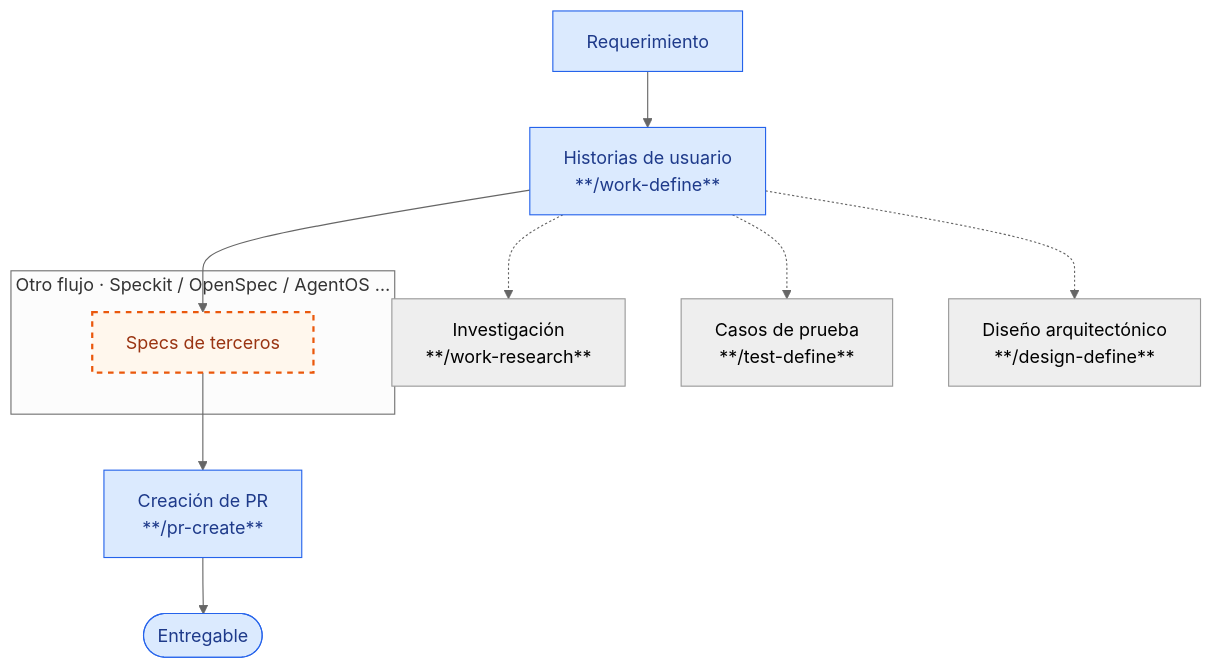
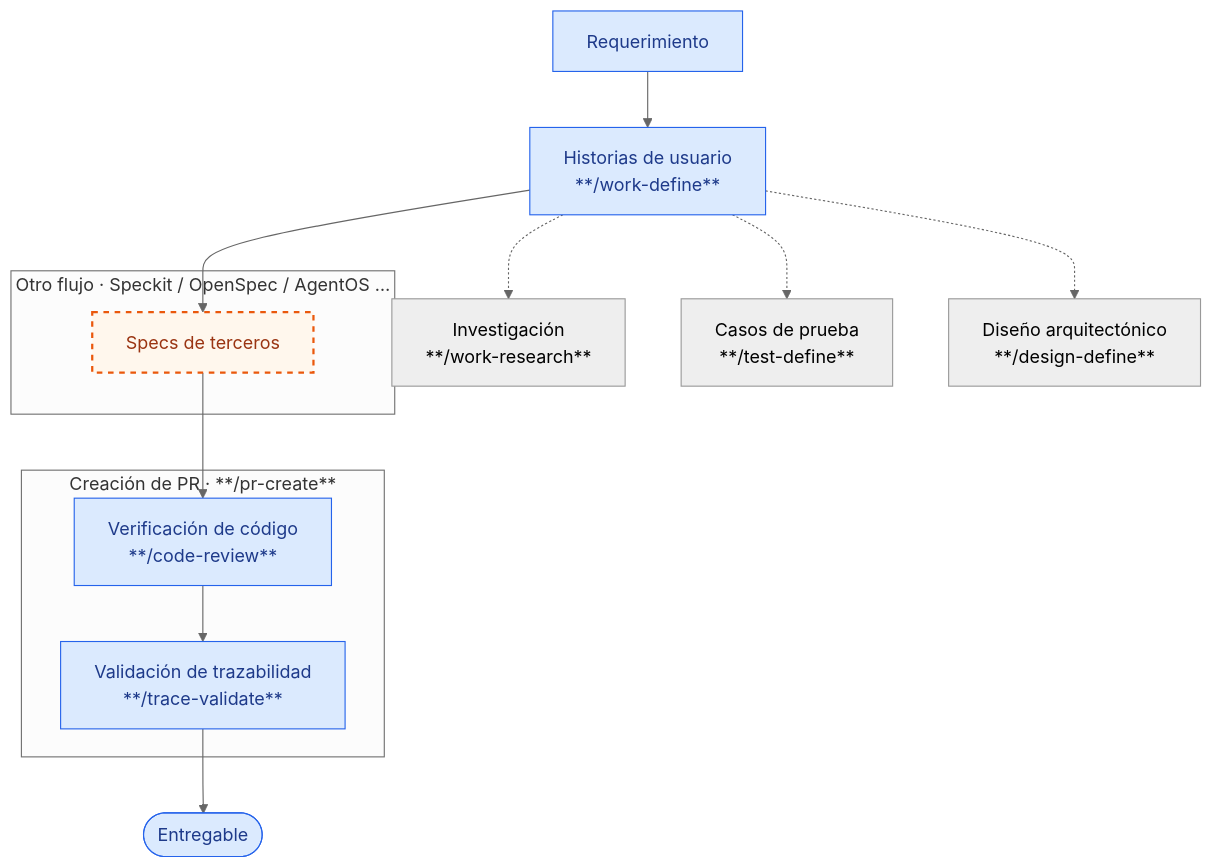
One commit to juanca202/ai changed the third of 3 diagrams in README.md. Above: the diagram before and after it, drawn with Mermaid (neutral theme). The commit also changed other lines of this file, not shown here.

Commit message:
docs: update validation terminology in README for accuracy
Revised the README.md to change references from "validación de criterios de aceptación" to "validación de trazabilidad" in the flowchart and related sections. This update ensures the terminology accurately reflects the validation process within the implementation flow, enhancing clarity and consistency throughout the documentation.

````diff
--- a/README.md
+++ b/README.md
@@ -130,18 +130,23 @@
 ```mermaid
 flowchart TD
     A[Requerimiento] --> B["Historias de usuario<br/>**/work-define**"]
     B -.-> R["Investigación<br/>**/work-research**"]
     B -.-> C["Casos de prueba<br/>**/test-define**"]
     B -.-> D["Diseño arquitectónico<br/>**/design-define**"]
     subgraph NESTED["Otro flujo · Speckit / OpenSpec / AgentOS …"]
         S["Specs de terceros"]
     end
     B --> S
-    S --> I["Creación de PR<br/>**/pr-create**"]
-    I --> J(["Entregable"])
+    subgraph PR["Creación de PR · **/pr-create**"]
+        V1["Verificación de código<br/>**/code-review**"]
+        V2["Validación de trazabilidad<br/>**/trace-validate**"]
+        V1 --> V2
+    end
+    S --> V1
+    V2 --> J(["Entregable"])
 
     classDef main fill:#dbeafe,stroke:#2563eb,color:#1e3a8a
     classDef nestedFlow fill:#fff7ed,stroke:#ea580c,stroke-width:2px,stroke-dasharray:5 5,color:#9a3412
-    class A,B,I,J main
+    class A,B,J,V1,V2 main
     class S nestedFlow
 ```
````
